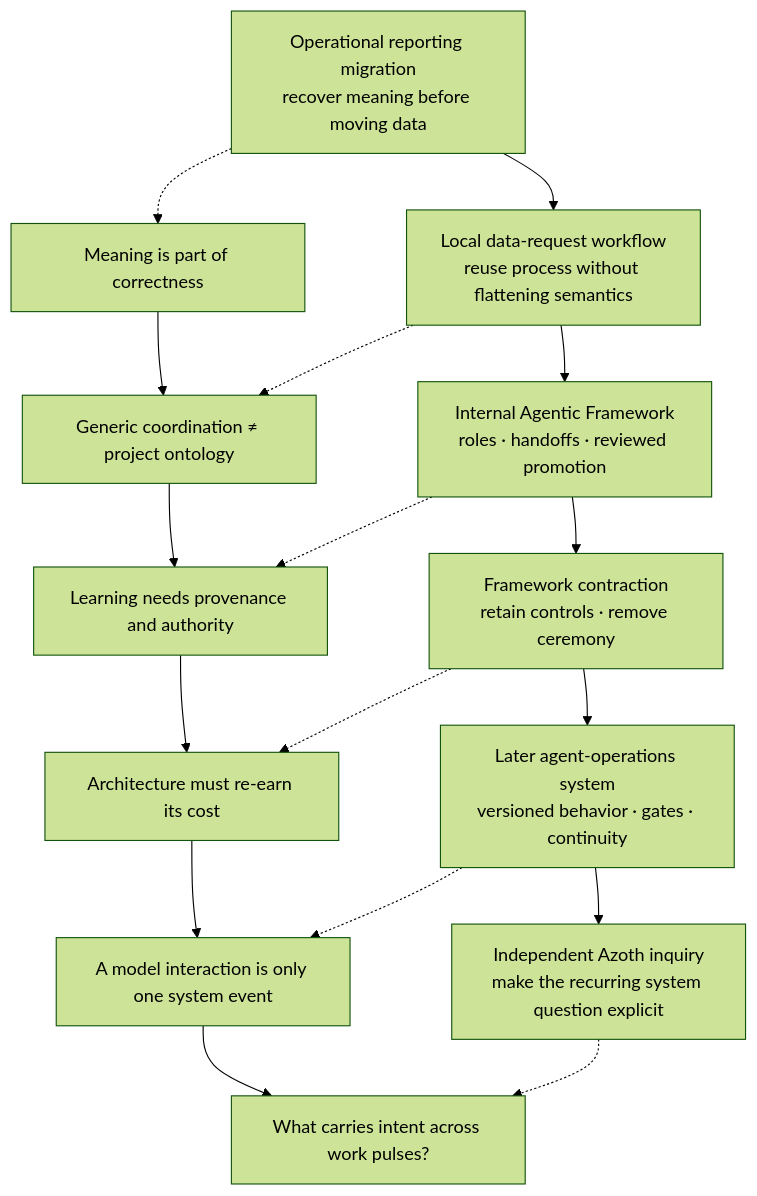
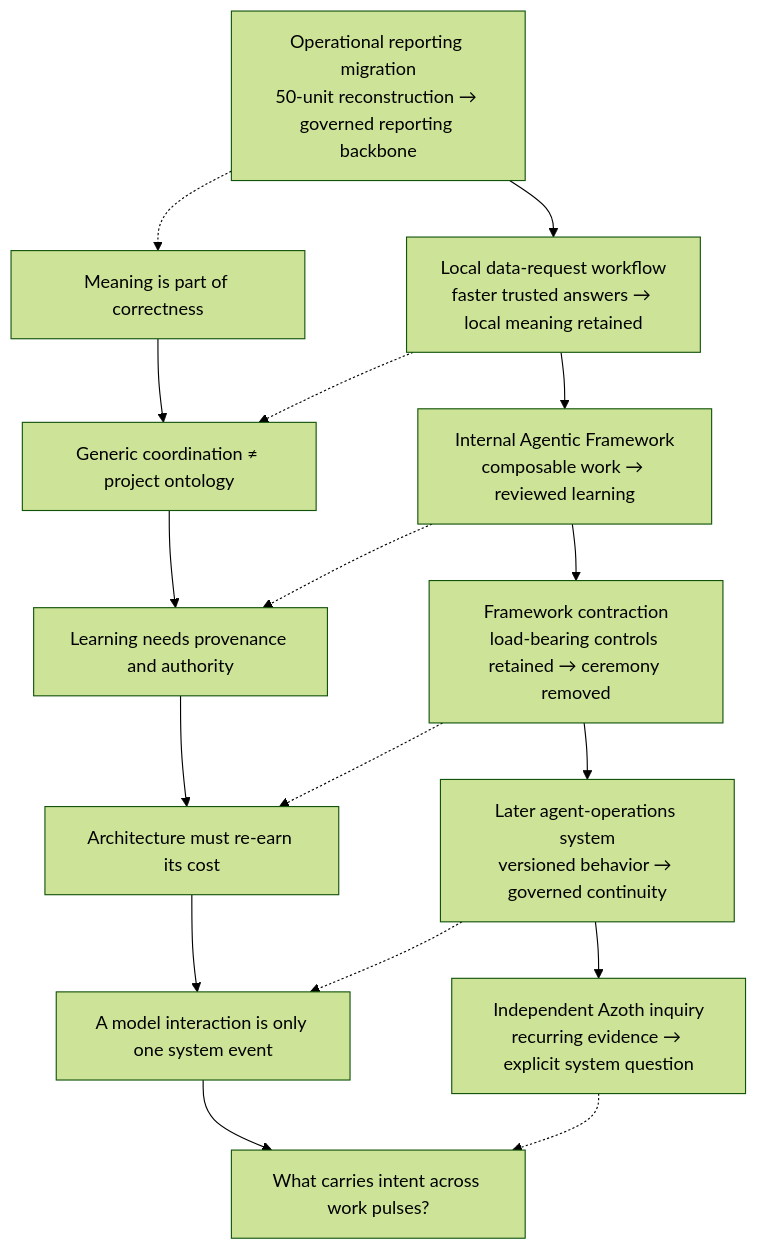
One commit to yiwei79/root-azoth changed the first of 6 diagrams in docs/case-studies/narrow-success-broad-failure.md. Above: the diagram before and after it, drawn with Mermaid (forest theme). The commit also changed other lines of this file and 4 other files, not shown here.

````diff
--- a/docs/case-studies/narrow-success-broad-failure.md
+++ b/docs/case-studies/narrow-success-broad-failure.md
@@ -23,25 +24,25 @@
 ```mermaid
 flowchart TB
-    W1["Operational reporting migration<br/>recover meaning before moving data"]
-    W2["Local data-request workflow<br/>reuse process without flattening semantics"]
-    W3["Internal Agentic Framework<br/>roles · handoffs · reviewed promotion"]
-    W4["Framework contraction<br/>retain controls · remove ceremony"]
-    W5["Later agent-operations system<br/>versioned behavior · gates · continuity"]
-    W6["Independent Azoth inquiry<br/>make the recurring system question explicit"]
+    W1["Operational reporting migration<br/>50-unit reconstruction → governed reporting backbone"]
+    W2["Local data-request workflow<br/>faster trusted answers → local meaning retained"]
+    W3["Internal Agentic Framework<br/>composable work → reviewed learning"]
+    W4["Framework contraction<br/>load-bearing controls retained → ceremony removed"]
+    W5["Later agent-operations system<br/>versioned behavior → governed continuity"]
+    W6["Independent Azoth inquiry<br/>recurring evidence → explicit system question"]
 
     F1["Meaning is part of correctness"]
     F2["Generic coordination ≠ project ontology"]
     F3["Learning needs provenance and authority"]
     F4["Architecture must re-earn its cost"]
     F5["A model interaction is only one system event"]
     F6["What carries intent across work pulses?"]
 
     W1 --> W2 --> W3 --> W4 --> W5 --> W6
     F1 --> F2 --> F3 --> F4 --> F5 --> F6
     W1 -.-> F1
     W2 -.-> F2
     W3 -.-> F3
     W4 -.-> F4
     W5 -.-> F5
     W6 -.-> F6
 ```
````
